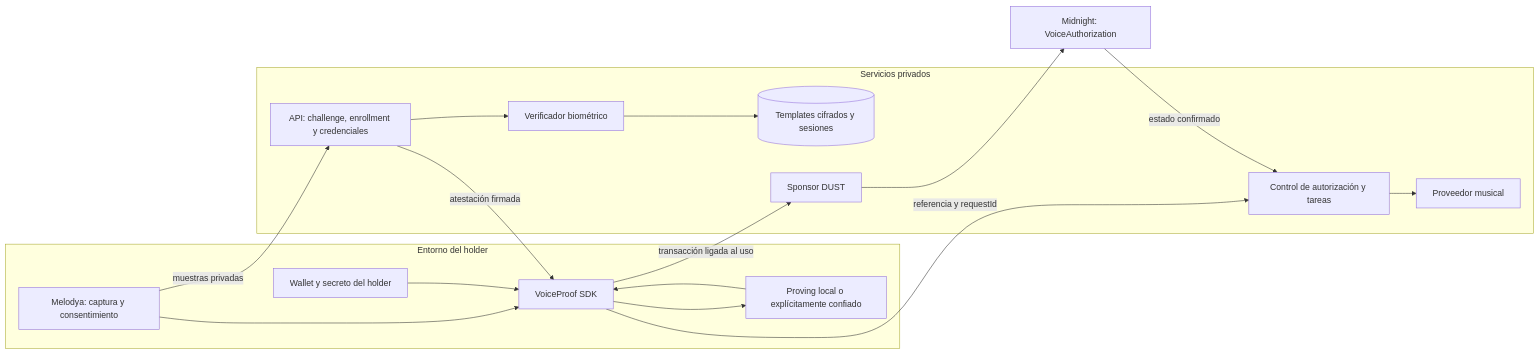
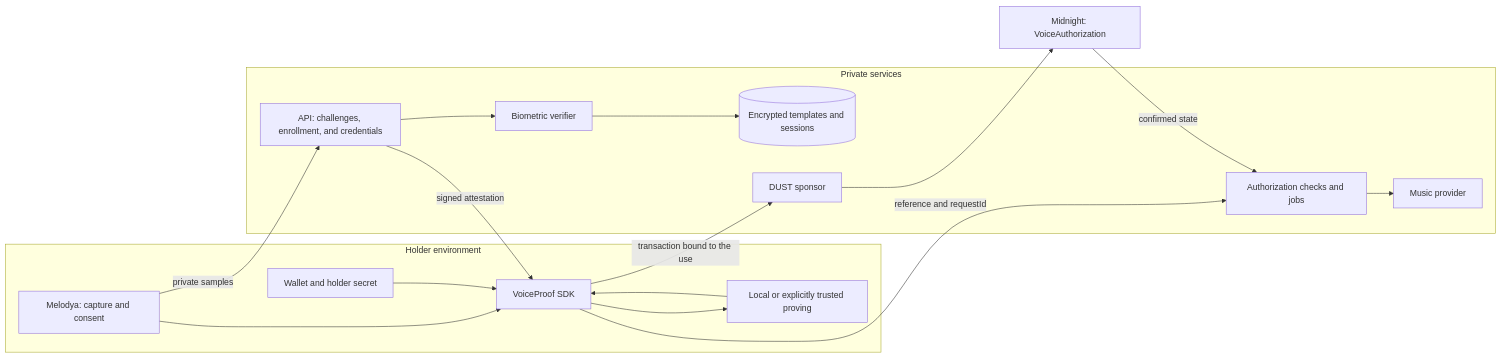
The diagram in docs/architecture.md (ImaaValenzuela/midnight-proof-of-voice), drawn with Mermaid before and after one commit. The commit also changed other lines of this file and 1 other file, not shown here.

````diff
--- a/docs/architecture.md
+++ b/docs/architecture.md
@@ -30,31 +30,31 @@
 ```mermaid
 flowchart LR
-    subgraph Client[Entorno del holder]
-      UI[Melodya: captura y consentimiento]
+    subgraph Client[Holder environment]
+      UI[Melodya: capture and consent]
       SDK[VoiceProof SDK]
-      Secret[Wallet y secreto del holder]
-      Prover[Proving local o explícitamente confiado]
+      Secret[Wallet and holder secret]
+      Prover[Local or explicitly trusted proving]
       UI --> SDK
       Secret --> SDK
       SDK --> Prover
     end
-    subgraph Private[Servicios privados]
-      API[API: challenge, enrollment y credenciales]
-      ML[Verificador biométrico]
-      DB[(Templates cifrados y sesiones)]
-      Sponsor[Sponsor DUST]
-      Gate[Control de autorización y tareas]
-      Music[Proveedor musical]
+    subgraph Private[Private services]
+      API[API: challenges, enrollment, and credentials]
+      ML[Biometric verifier]
+      DB[(Encrypted templates and sessions)]
+      Sponsor[DUST sponsor]
+      Gate[Authorization checks and jobs]
+      Music[Music provider]
       API --> ML
       ML --> DB
       Gate --> Music
     end
     Chain[Midnight: VoiceAuthorization]
-    UI -->|muestras privadas| API
-    API -->|atestación firmada| SDK
+    UI -->|private samples| API
+    API -->|signed attestation| SDK
     Prover --> SDK
-    SDK -->|transacción ligada al uso| Sponsor
+    SDK -->|transaction bound to the use| Sponsor
     Sponsor --> Chain
-    SDK -->|referencia y requestId| Gate
-    Chain -->|estado confirmado| Gate
+    SDK -->|reference and requestId| Gate
+    Chain -->|confirmed state| Gate
 ```
````
